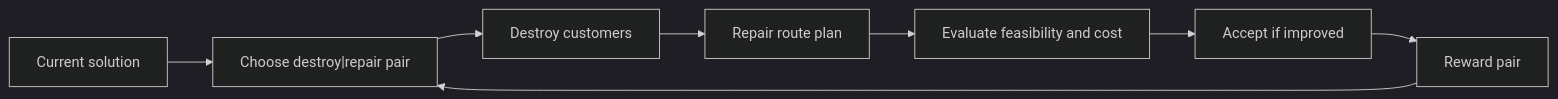
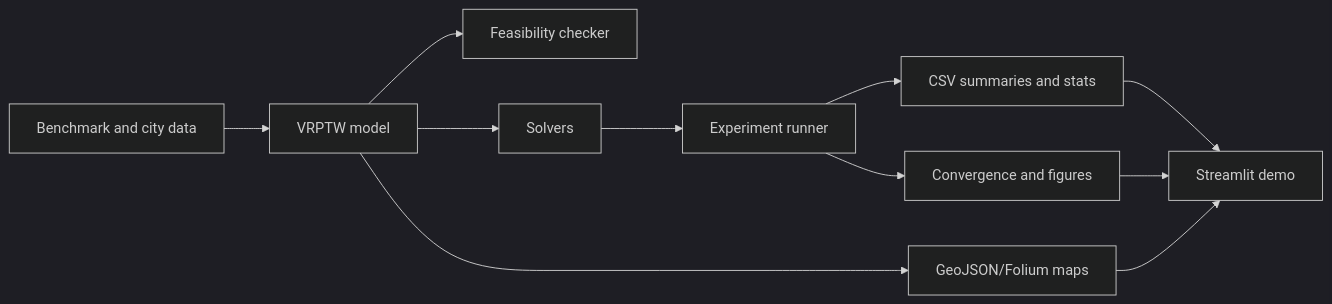
The diagram in README.md (Levvvi/vrptw-hybrid-solver), drawn with Mermaid (dark theme) before and after one commit. The commit also changed other lines of this file and 133 other files, not shown here.

````diff
--- a/README.md
+++ b/README.md
@@ -80,10 +32,13 @@
 ```mermaid
 flowchart LR
-    A["Current solution"] --> B["Choose destroy|repair pair"]
-    B --> C["Destroy customers"]
-    C --> D["Repair route plan"]
-    D --> E["Evaluate feasibility and cost"]
-    E --> F["Accept if improved"]
-    F --> G["Reward pair"]
-    G --> B
+    A["Benchmark and city data"] --> B["VRPTW model"]
+    B --> C["Feasibility checker"]
+    B --> D["Solvers"]
+    D --> E["Experiment runner"]
+    E --> F["CSV summaries and stats"]
+    E --> G["Convergence and figures"]
+    F --> H["Streamlit demo"]
+    G --> H
+    B --> I["GeoJSON/Folium maps"]
+    I --> H
 ```
````
